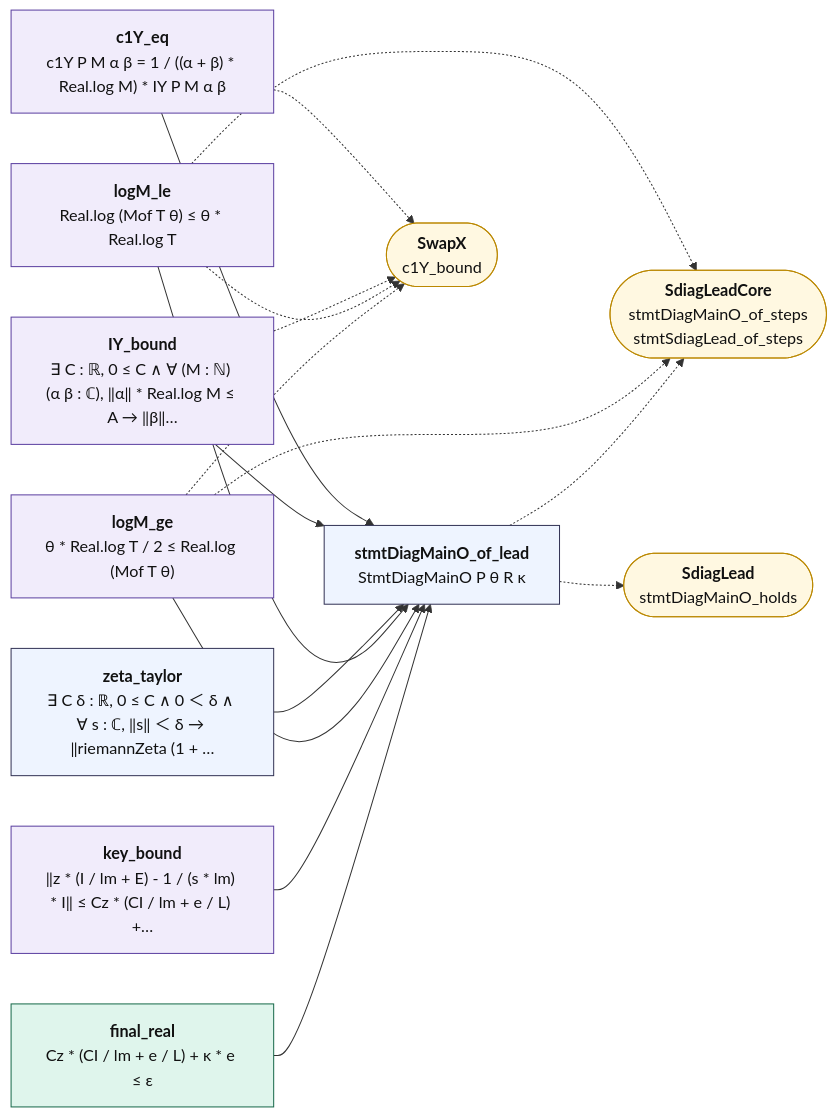
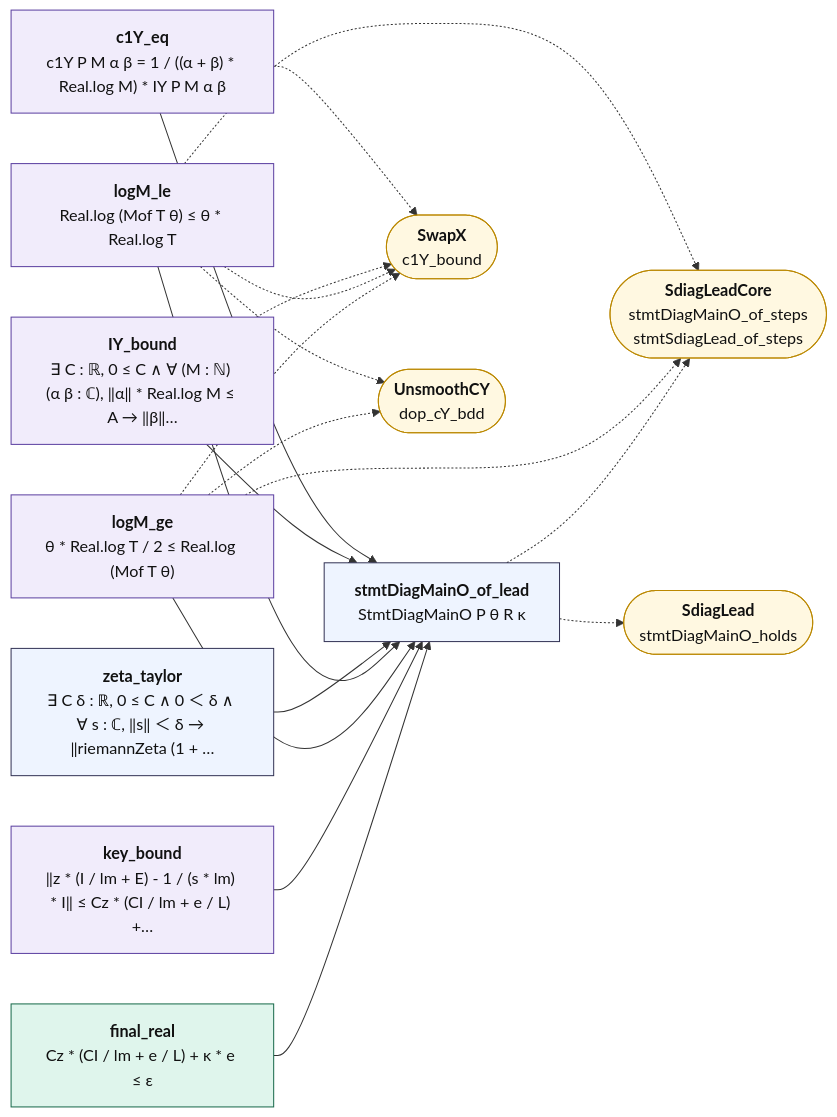
The diagram in map/lean_stage3/DiagMain.md (juliansambranojr/Primebeat_081426), drawn with Mermaid before and after one commit. The commit also changed other lines of this file and 36 other files, not shown here.

````diff
--- a/map/lean_stage3/DiagMain.md
+++ b/map/lean_stage3/DiagMain.md
@@ -14,37 +14,40 @@
 ```mermaid
 flowchart LR
   n0["<b>c1Y_eq</b><br/>c1Y P M α β = 1 / ((α + β) * Real.log M) * IY P M α β"]:::shp
   n1["<b>IY_bound</b><br/>∃ C : ℝ, 0 ≤ C ∧ ∀ (M : ℕ) (α β : ℂ), ‖α‖ * Real.log M ≤ A → ‖β‖…"]:::shp
   n2["<b>zeta_taylor</b><br/>∃ C δ : ℝ, 0 ≤ C ∧ 0 ＜ δ ∧ ∀ s : ℂ, ‖s‖ ＜ δ → ‖riemannZeta (1 + …"]:::thm
   n3["<b>logM_le</b><br/>Real.log (Mof T θ) ≤ θ * Real.log T"]:::shp
   n4["<b>logM_ge</b><br/>θ * Real.log T / 2 ≤ Real.log (Mof T θ)"]:::shp
   n5["<b>key_bound</b><br/>‖z * (I / lm + E) - 1 / (s * lm) * I‖ ≤ Cz * (CI / lm + e / L) +…"]:::shp
   n6["<b>final_real</b><br/>Cz * (CI / lm + e / L) + κ * e ≤ ε"]:::cnt
   n7["<b>stmtDiagMainO_of_lead</b><br/>StmtDiagMainO P θ R κ"]:::thm
   x0(["<b>SwapX</b><br/>c1Y_bound"]):::ext
   x1(["<b>SdiagLeadCore</b><br/>stmtDiagMainO_of_steps<br/>stmtSdiagLead_of_steps"]):::ext
-  x2(["<b>SdiagLead</b><br/>stmtDiagMainO_holds"]):::ext
+  x2(["<b>UnsmoothCY</b><br/>dop_cY_bdd"]):::ext
+  x3(["<b>SdiagLead</b><br/>stmtDiagMainO_holds"]):::ext
   n0 --> n7
   n1 --> n7
   n2 --> n7
   n3 --> n7
   n4 --> n7
   n5 --> n7
   n6 --> n7
   n0 -.-> x0
   n1 -.-> x0
   n3 -.-> x0
   n3 -.-> x1
+  n3 -.-> x2
   n4 -.-> x0
   n4 -.-> x1
+  n4 -.-> x2
   n7 -.-> x1
-  n7 -.-> x2
+  n7 -.-> x3
   classDef cnt fill:#dff5ec,stroke:#17694a,color:#111
   classDef shp fill:#f1ecfb,stroke:#5b3fa0,color:#111
   classDef rh fill:#ffe5e5,stroke:#c22,color:#111,stroke-width:2px
   classDef thm fill:#eef4ff,stroke:#335,color:#111
   classDef end_ fill:#e7f7e7,stroke:#2a7,color:#111,stroke-width:2px
   classDef lone fill:#fff,stroke:#999,color:#111,stroke-dasharray:4 3
   classDef bad fill:#ffe5e5,stroke:#c22,color:#111,stroke-width:2px
   classDef ext fill:#fff8e1,stroke:#b80,color:#111
 ```
````
